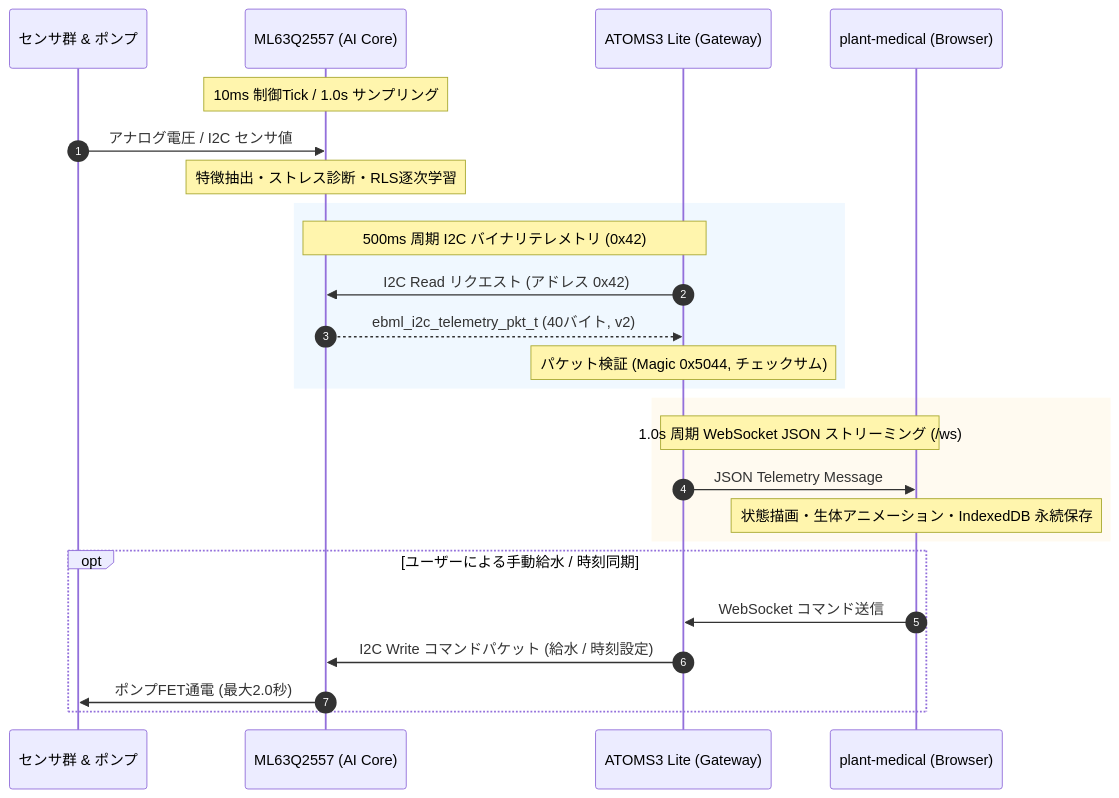
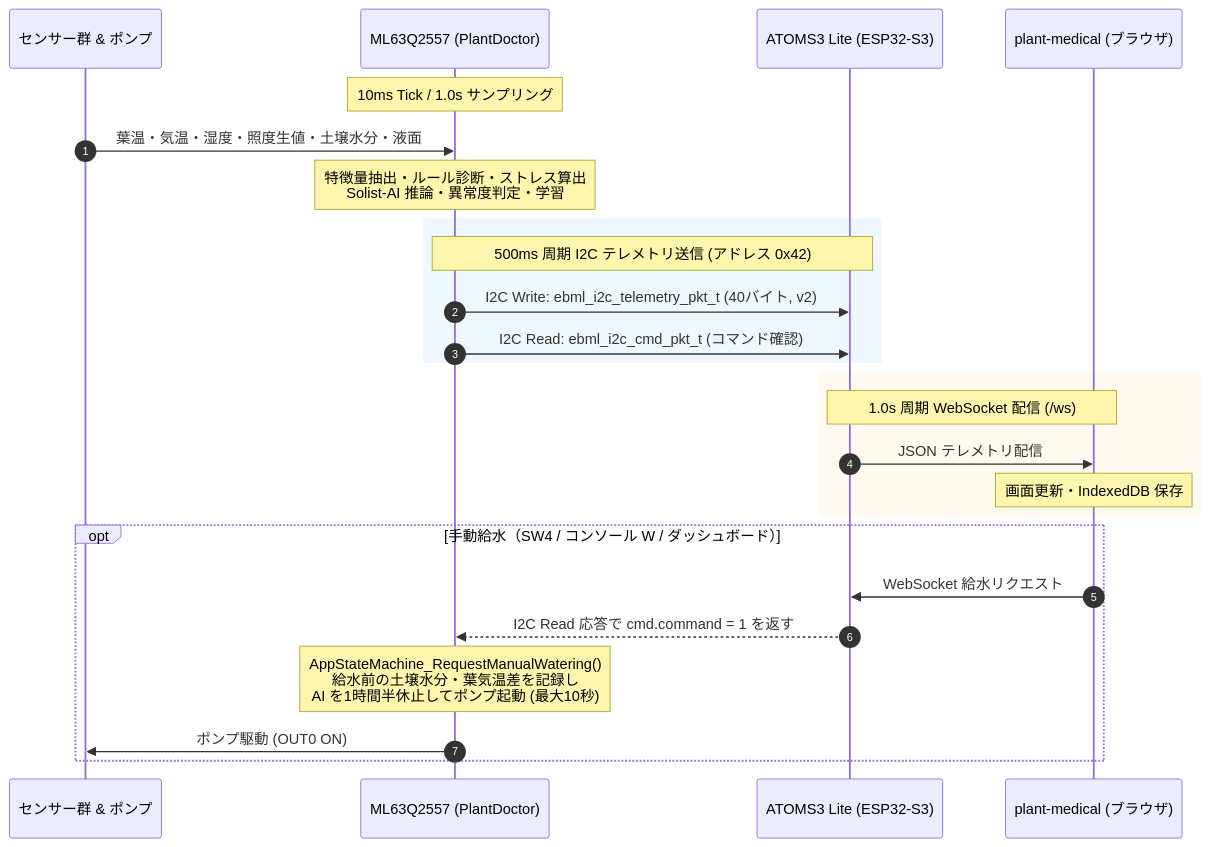
Before and after one commit to horned128/plant-doctor: the diagram in docs/textbook/05_system_integration_and_telemetry.md, drawn with Mermaid. The commit also changed other lines of this file and 28 other files, not shown here.

````diff
--- a/docs/textbook/05_system_integration_and_telemetry.md
+++ b/docs/textbook/05_system_integration_and_telemetry.md
@@ -15,31 +13,31 @@
 ```mermaid
 sequenceDiagram
     autonumber
-    participant SENS as センサ群 & ポンプ
-    participant ML as ML63Q2557 (AI Core)
-    participant S3 as ATOMS3 Lite (Gateway)
-    participant WEB as plant-medical (Browser)
+    participant SENS as センサー群 & ポンプ
+    participant ML as ML63Q2557 (PlantDoctor)
+    participant S3 as ATOMS3 Lite (ESP32-S3)
+    participant WEB as plant-medical (ブラウザ)
 
-    Note over ML: 10ms 制御Tick / 1.0s サンプリング
-    SENS->>ML: アナログ電圧 / I2C センサ値
-    Note over ML: 特徴抽出・ストレス診断・RLS逐次学習
-    
+    Note over ML: 10ms Tick / 1.0s サンプリング
+    SENS->>ML: 葉温・気温・湿度・照度生値・土壌水分・液面
+    Note over ML: 特徴量抽出・ルール診断・ストレス算出<br/>Solist-AI 推論・異常度判定・学習
+
     rect rgb(240, 248, 255)
-        Note over ML,S3: 500ms 周期 I2C バイナリテレメトリ (0x42)
-        S3->>ML: I2C Read リクエスト (アドレス 0x42)
-        ML-->>S3: ebml_i2c_telemetry_pkt_t (40バイト, v2)
-        Note over S3: パケット検証 (Magic 0x5044, チェックサム)
+        Note over ML,S3: 500ms 周期 I2C テレメトリ送信 (アドレス 0x42)
+        ML->>S3: I2C Write: ebml_i2c_telemetry_pkt_t (40バイト, v2)
+        ML->>S3: I2C Read: ebml_i2c_cmd_pkt_t (コマンド確認)
     end
 
     rect rgb(255, 250, 240)
-        Note over S3,WEB: 1.0s 周期 WebSocket JSON ストリーミング (/ws)
-        S3->>WEB: JSON Telemetry Message
-        Note over WEB: 状態描画・生体アニメーション・IndexedDB 永続保存
+        Note over S3,WEB: 1.0s 周期 WebSocket 配信 (/ws)
+        S3->>WEB: JSON テレメトリ配信
+        Note over WEB: 画面更新・IndexedDB 保存
     end
 
-    opt ユーザーによる手動給水 / 時刻同期
-        WEB->>S3: WebSocket コマンド送信
-        S3->>ML: I2C Write コマンドパケット (給水 / 時刻設定)
-        ML->>SENS: ポンプFET通電 (最大2.0秒)
+    opt 手動給水（SW4 / コンソール W / ダッシュボード）
+        WEB->>S3: WebSocket 給水リクエスト
+        S3-->>ML: I2C Read 応答で cmd.command = 1 を返す
+        Note over ML: AppStateMachine_RequestManualWatering()<br/>給水前の土壌水分・葉気温差を記録し<br/>AI を1時間半休止してポンプ起動 (最大10秒)
+        ML->>SENS: ポンプ駆動 (OUT0 ON)
     end
 ```
````
